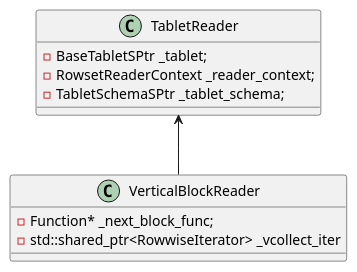
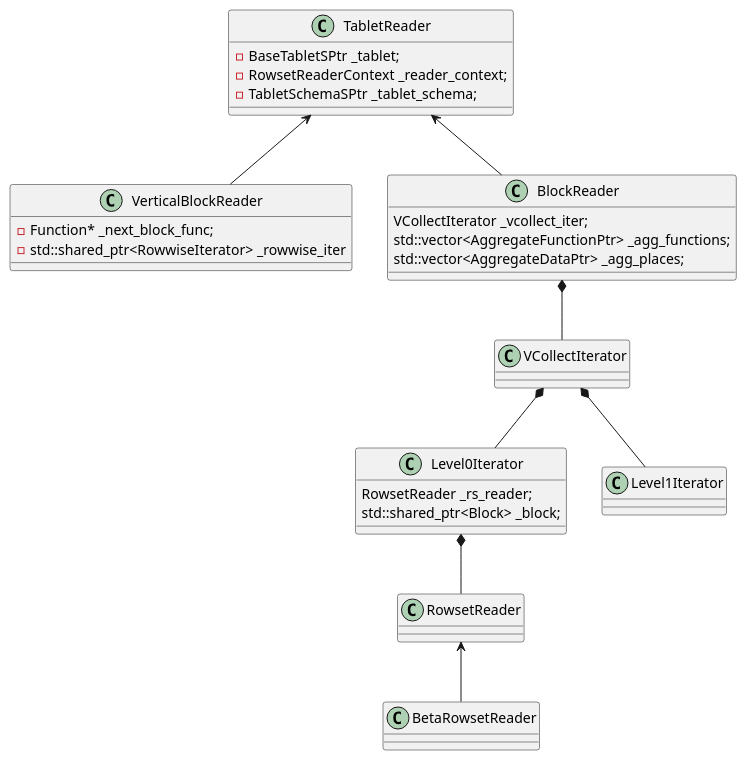
Before and after one commit to zhiqiang-hhhh/zhiqiang-hhhh.github.io: the first of 5 diagrams in pre_post/Doris/scan.md, drawn with PlantUML. The commit also changed other lines of this file and 6 other files, not shown here.

````diff
--- a/pre_post/Doris/scan.md
+++ b/pre_post/Doris/scan.md
@@ -168,14 +168,31 @@
 ```plantuml
 class TabletReader {
     - BaseTabletSPtr _tablet;
     - RowsetReaderContext _reader_context;
     - TabletSchemaSPtr _tablet_schema;
 }
 
 class VerticalBlockReader {
     - Function* _next_block_func;
-    - std::shared_ptr<RowwiseIterator> _vcollect_iter
+    - std::shared_ptr<RowwiseIterator> _rowwise_iter
+}
+
+class BlockReader {
+    VCollectIterator _vcollect_iter;
+    std::vector<AggregateFunctionPtr> _agg_functions;
+    std::vector<AggregateDataPtr> _agg_places;
+}
+
+class Level0Iterator {
+    RowsetReader _rs_reader;
+    std::shared_ptr<Block> _block;
 }
 
 TabletReader <-- VerticalBlockReader
+TabletReader <-- BlockReader
+BlockReader *-- VCollectIterator
+VCollectIterator *-- Level0Iterator
+VCollectIterator *-- Level1Iterator
+Level0Iterator *-- RowsetReader
+RowsetReader <-- BetaRowsetReader
 ```
````
